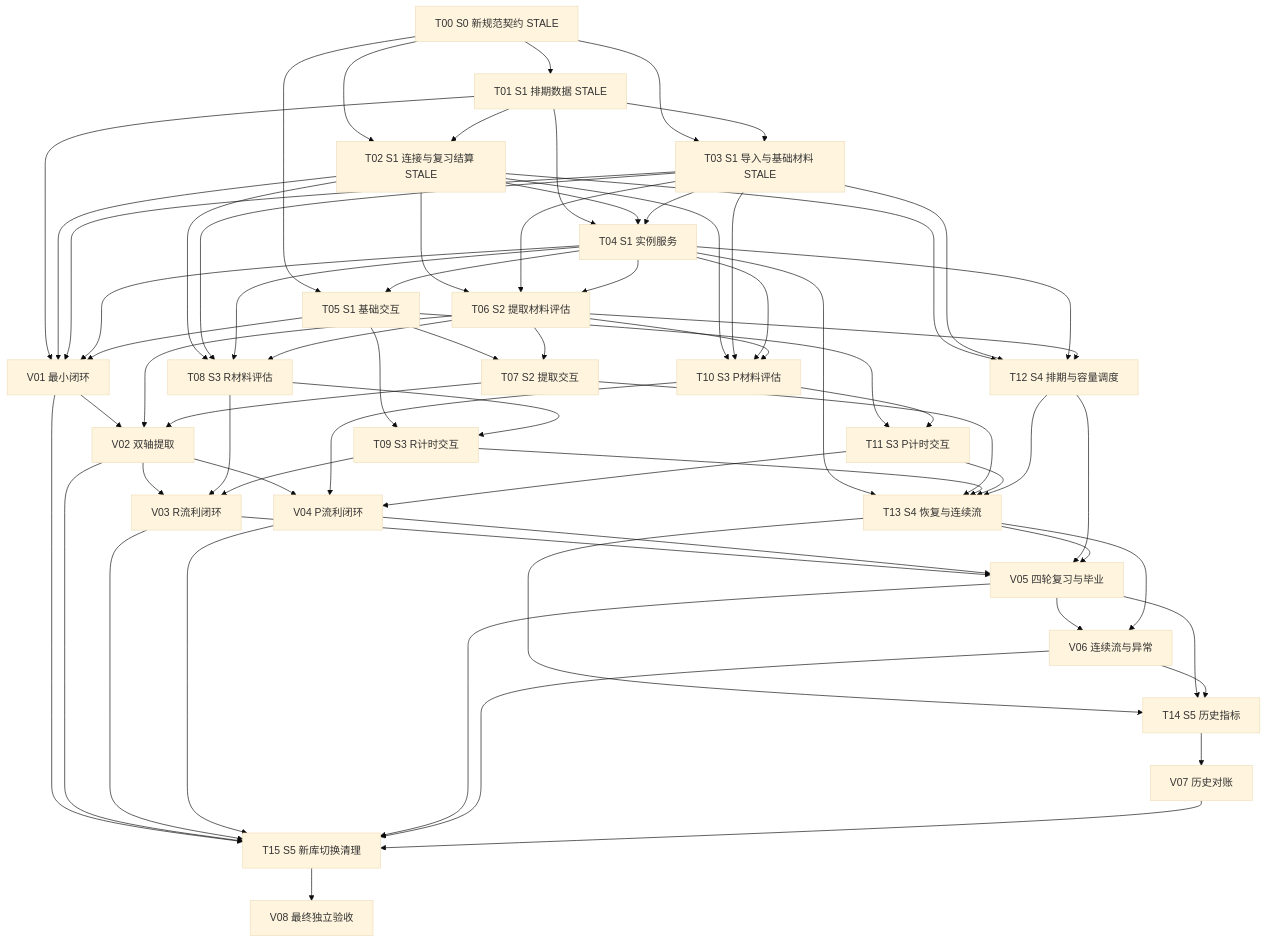
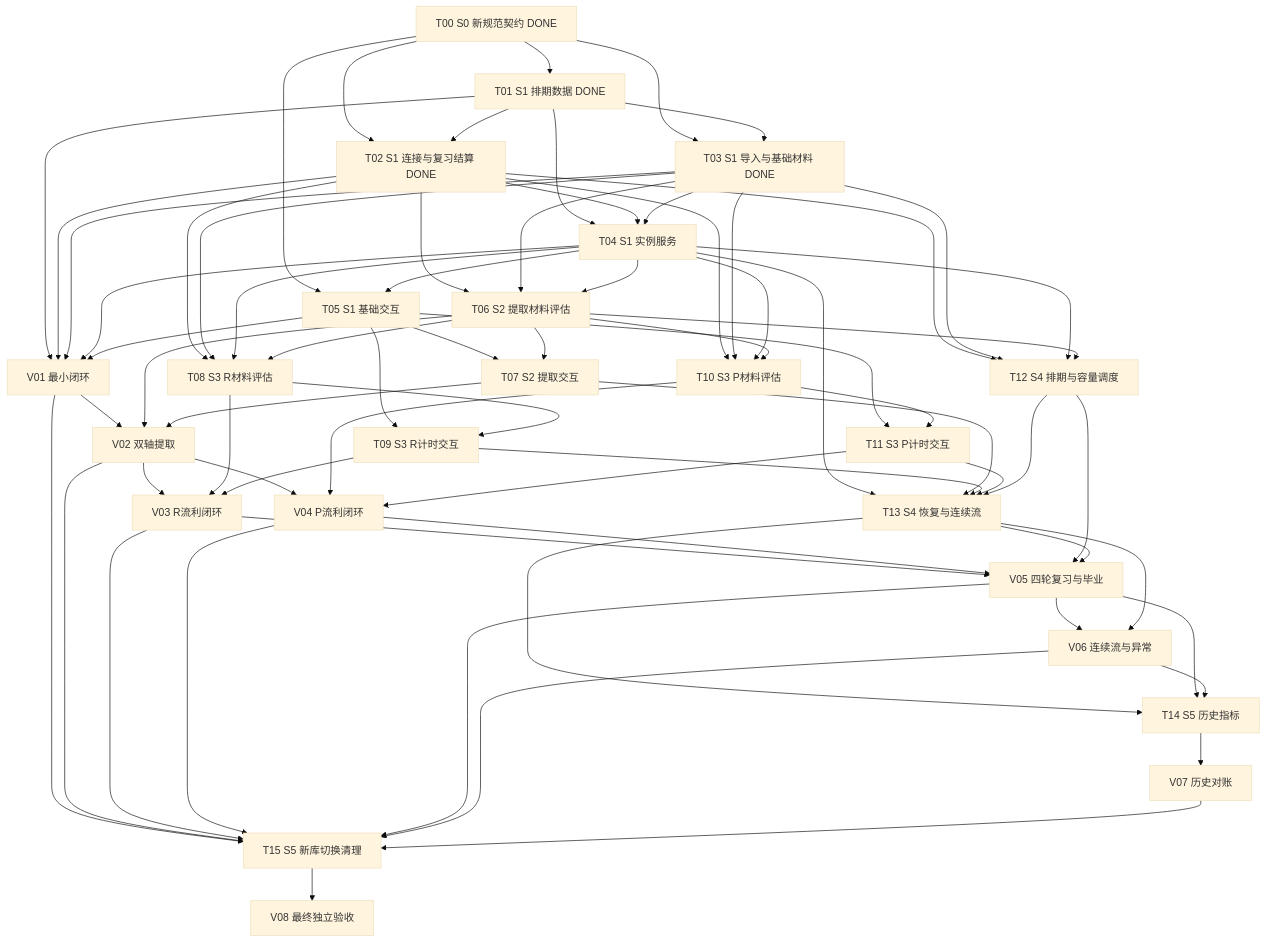
The diagram in docs/task-implementation-new-algorithm.md (logact/flow), drawn with Mermaid (base theme) before and after one commit. The commit also changed other lines of this file and 5 other files, not shown here.

````diff
--- a/docs/task-implementation-new-algorithm.md
+++ b/docs/task-implementation-new-algorithm.md
@@ -328,9 +328,9 @@
 ```mermaid
 flowchart TD
-  T00["T00 S0 新规范契约 STALE"]
-  T01["T01 S1 排期数据 STALE"]
-  T02["T02 S1 连接与复习结算 STALE"]
-  T03["T03 S1 导入与基础材料 STALE"]
+  T00["T00 S0 新规范契约 DONE"]
+  T01["T01 S1 排期数据 DONE"]
+  T02["T02 S1 连接与复习结算 DONE"]
+  T03["T03 S1 导入与基础材料 DONE"]
   T04["T04 S1 实例服务"]
   T05["T05 S1 基础交互"]
   V01["V01 最小闭环"]
````
